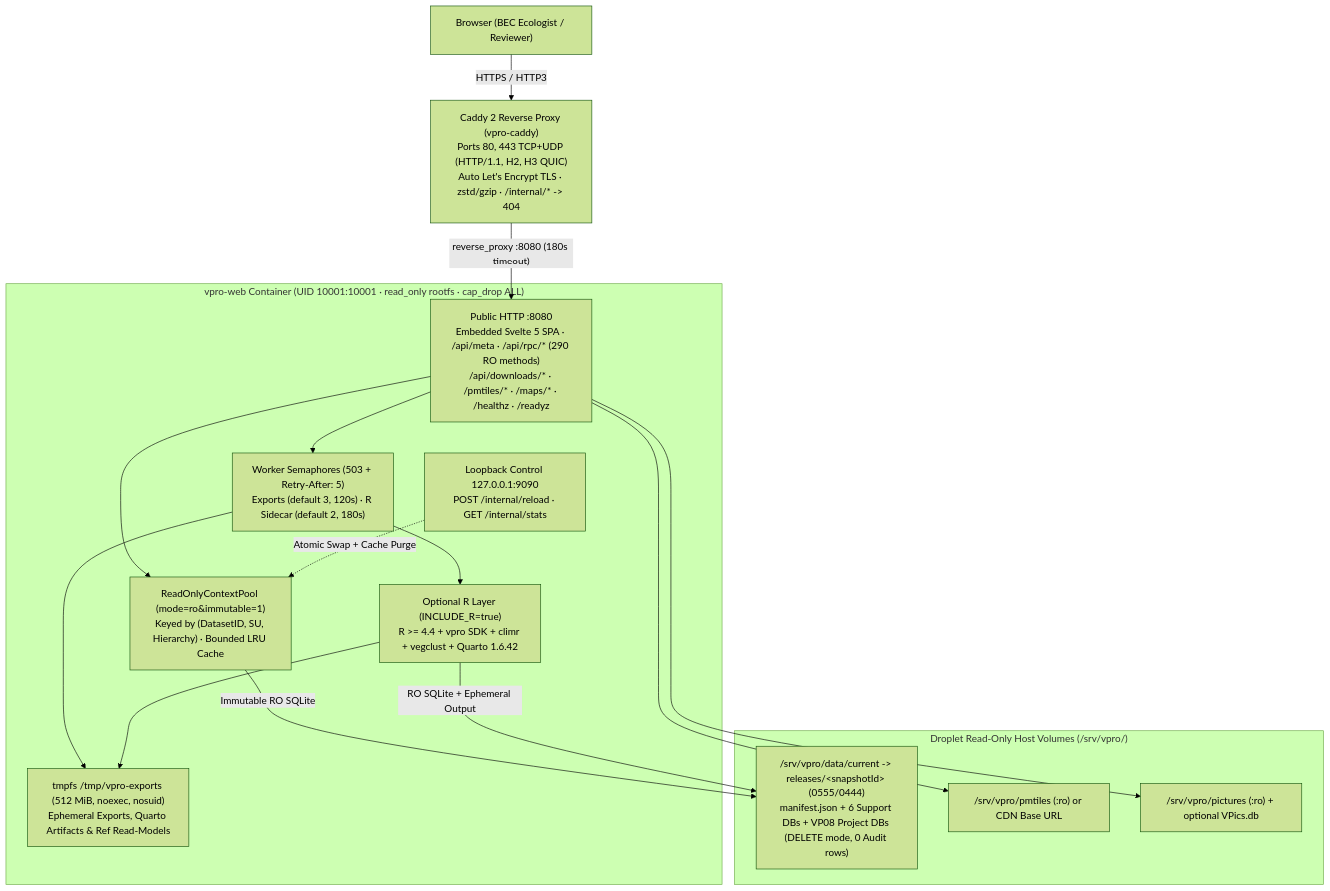
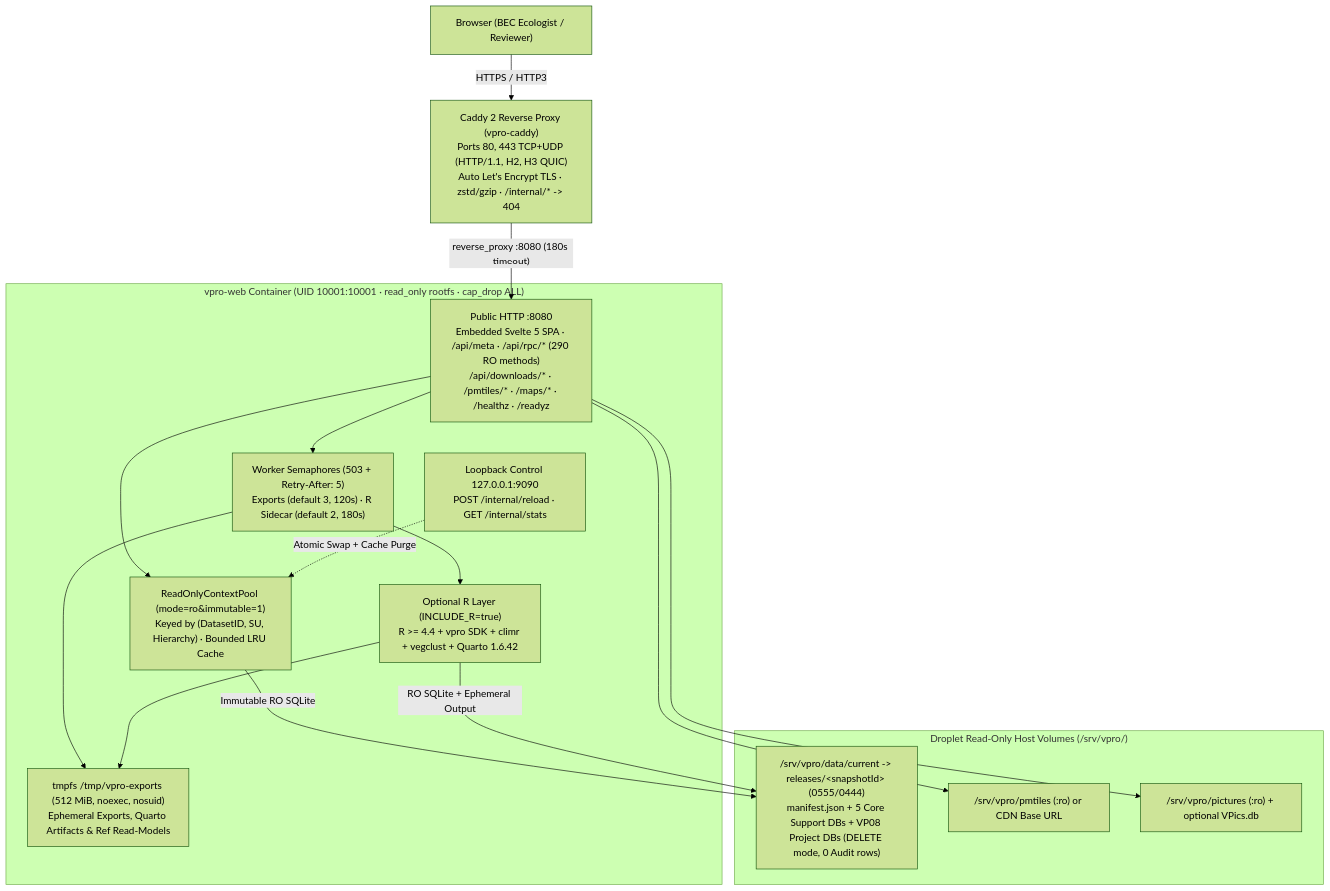
One commit to Boostao/vpro changed the diagram in okf/05_engineering_and_agents/web_readonly_deployment.md. Above: the diagram before and after it, drawn with Mermaid (forest theme). The commit also changed other lines of this file and 2 other files, not shown here.

Commit message:
docs(okf): clarify 5 core support DBs and 0644/0755 vs 0444/0555 snapshot permissions

````diff
--- a/okf/05_engineering_and_agents/web_readonly_deployment.md
+++ b/okf/05_engineering_and_agents/web_readonly_deployment.md
@@ -11,33 +11,33 @@
 ```mermaid
 flowchart TB
     User["Browser (BEC Ecologist / Reviewer)"]
     Caddy["Caddy 2 Reverse Proxy (vpro-caddy)<br/>Ports 80, 443 TCP+UDP (HTTP/1.1, H2, H3 QUIC)<br/>Auto Let's Encrypt TLS · zstd/gzip · /internal/* -> 404"]
 
     subgraph Web["vpro-web Container (UID 10001:10001 · read_only rootfs · cap_drop ALL)"]
         HTTP["Public HTTP :8080<br/>Embedded Svelte 5 SPA · /api/meta · /api/rpc/* (290 RO methods)<br/>/api/downloads/* · /pmtiles/* · /maps/* · /healthz · /readyz"]
         INT["Loopback Control 127.0.0.1:9090<br/>POST /internal/reload · GET /internal/stats"]
         POOL["ReadOnlyContextPool (mode=ro&immutable=1)<br/>Keyed by (DatasetID, SU, Hierarchy) · Bounded LRU Cache"]
         SEM["Worker Semaphores (503 + Retry-After: 5)<br/>Exports (default 3, 120s) · R Sidecar (default 2, 180s)"]
         RSIDE["Optional R Layer (INCLUDE_R=true)<br/>R >= 4.4 + vpro SDK + climr + vegclust + Quarto 1.6.42"]
         TMP["tmpfs /tmp/vpro-exports (512 MiB, noexec, nosuid)<br/>Ephemeral Exports, Quarto Artifacts & Ref Read-Models"]
     end
 
     subgraph HostRO["Droplet Read-Only Host Volumes (/srv/vpro/)"]
-        SNAP["/srv/vpro/data/current -> releases/&lt;snapshotId&gt; (0555/0444)<br/>manifest.json + 6 Support DBs + VP08 Project DBs (DELETE mode, 0 Audit rows)"]
+        SNAP["/srv/vpro/data/current -> releases/&lt;snapshotId&gt; (0555/0444)<br/>manifest.json + 5 Core Support DBs + VP08 Project DBs (DELETE mode, 0 Audit rows)"]
         TILES["/srv/vpro/pmtiles (:ro) or CDN Base URL"]
         PICS["/srv/vpro/pictures (:ro) + optional VPics.db"]
     end
 
     User -->|"HTTPS / HTTP3"| Caddy
     Caddy -->|"reverse_proxy :8080 (180s timeout)"| HTTP
     HTTP --> POOL
     HTTP --> SEM
     SEM --> RSIDE
     SEM --> TMP
     POOL -->|"Immutable RO SQLite"| SNAP
     RSIDE -->|"RO SQLite + Ephemeral Output"| SNAP
     RSIDE --> TMP
     HTTP --> TILES
     HTTP --> PICS
     INT -.->|"Atomic Swap + Cache Purge"| POOL
 ```
````
